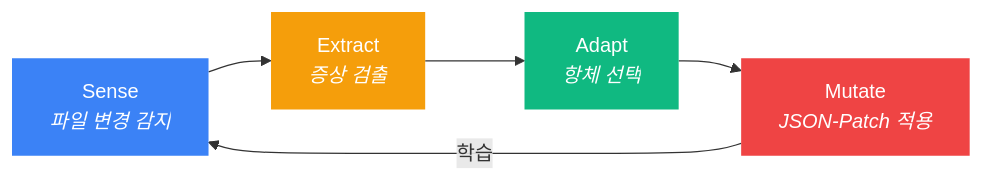
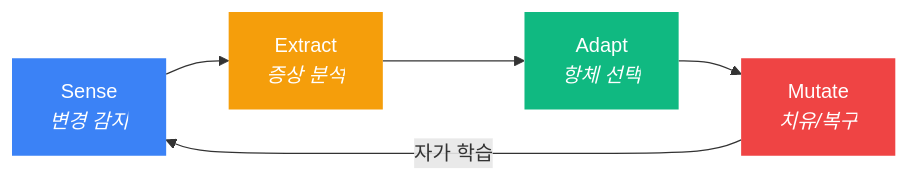
One commit to dotoricode/autonomous-flow-daemon changed the diagram in README.ko.md. Above: the diagram before and after it, drawn with Mermaid. The commit also changed other lines of this file, not shown here.

````diff
--- a/README.ko.md
+++ b/README.ko.md
@@ -53,11 +53,11 @@
 ```mermaid
 graph LR
-    S["Sense<br/><i>파일 변경 감지</i>"] --> E["Extract<br/><i>증상 검출</i>"]
+    S["Sense<br/><i>변경 감지</i>"] --> E["Extract<br/><i>증상 분석</i>"]
     E --> A["Adapt<br/><i>항체 선택</i>"]
-    A --> M["Mutate<br/><i>JSON-Patch 적용</i>"]
-    M -->|"학습"| S
+    A --> M["Mutate<br/><i>치유/복구</i>"]
+    M -->|"자가 학습"| S
     style S fill:#3b82f6,color:#fff,stroke:none
     style E fill:#f59e0b,color:#fff,stroke:none
     style A fill:#10b981,color:#fff,stroke:none
     style M fill:#ef4444,color:#fff,stroke:none
 ```
````
